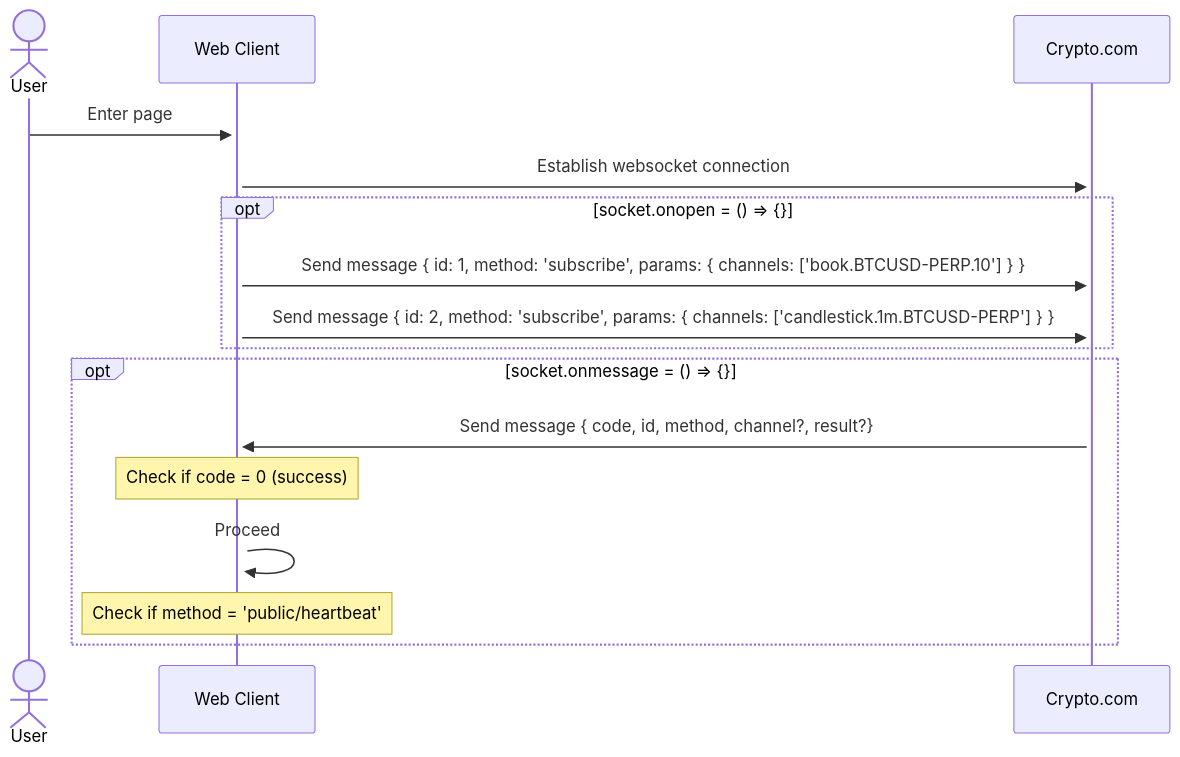
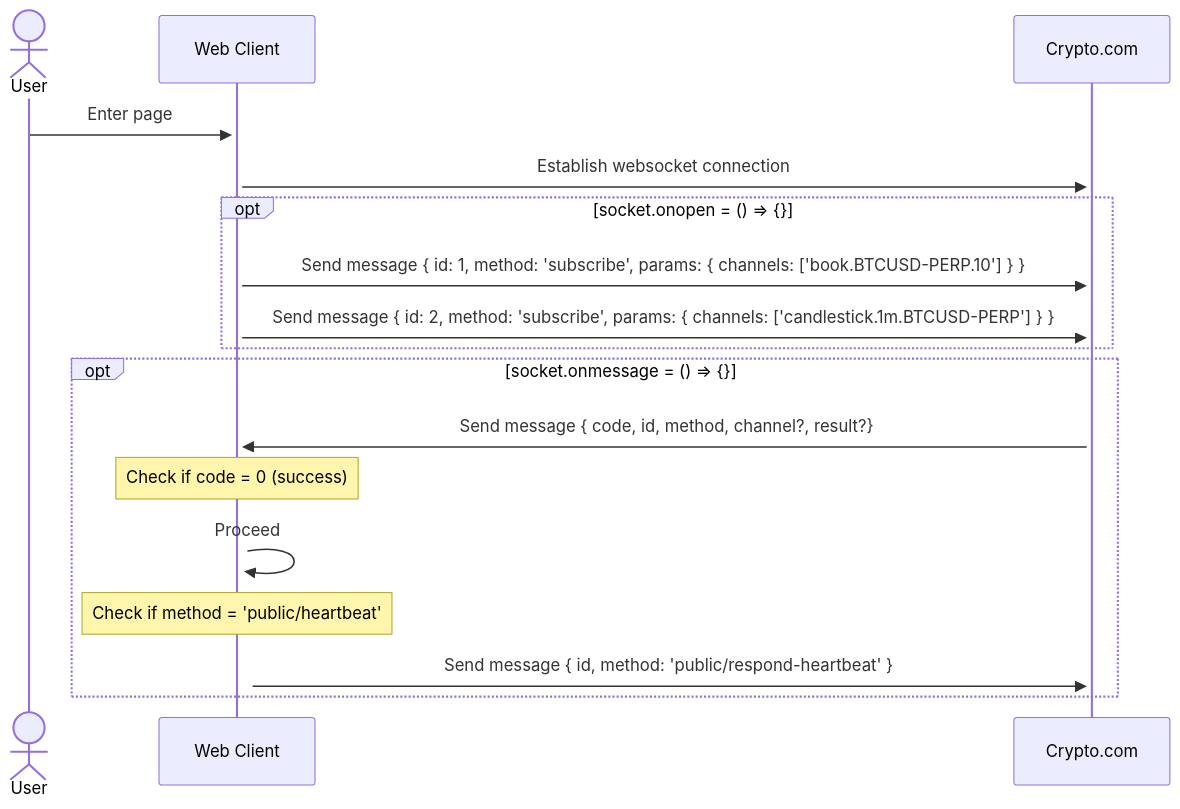
One commit to YuAnWu0000/cryptoExchange changed the diagram in README.md. Above: the diagram before and after it, drawn with Mermaid.

Commit message:
UPDATE: Websocket flow chart in README.md

````diff
--- a/README.md
+++ b/README.md
@@ -11,19 +11,20 @@
 ```mermaid
 sequenceDiagram
   actor User
   participant Web Client
   participant Crypto.com
   User ->>+ Web Client: Enter page
   Web Client ->>+ Crypto.com: Establish websocket connection
   opt socket.onopen = () => {}
   Web Client->>+ Crypto.com: Send message { id: 1, method: 'subscribe', params: { channels: ['book.BTCUSD-PERP.10'] } }
   Web Client->>+ Crypto.com: Send message { id: 2, method: 'subscribe', params: { channels: ['candlestick.1m.BTCUSD-PERP'] } }
   end
   opt socket.onmessage = () => {}
   Crypto.com->>+ Web Client: Send message { code, id, method, channel?, result?}
   Note over Web Client: Check if code = 0 (success)
   Web Client->>+ Web Client: Proceed
   Note over Web Client: Check if method = 'public/heartbeat'
+  Web Client->>+ Crypto.com: Send message { id, method: 'public/respond-heartbeat' }
 
   end
 ```
````
